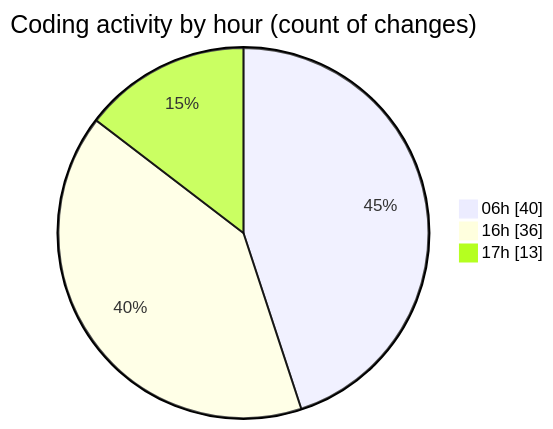
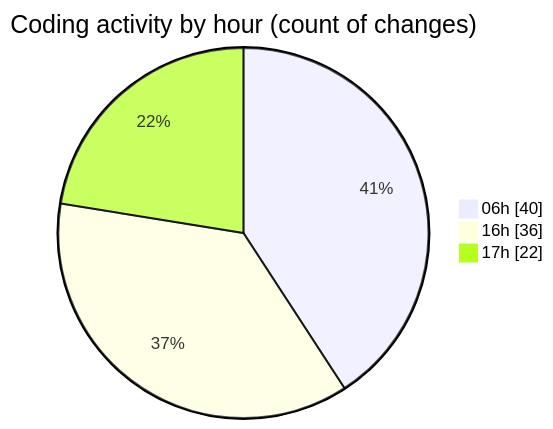
Before and after one commit to charlie-sans/code-tracking: the second of 2 diagrams in 2025-02-25/micros/README.md, drawn with Mermaid. The commit also changed other lines of this file and 1 other file, not shown here.

````diff
--- a/2025-02-25/micros/README.md
+++ b/2025-02-25/micros/README.md
@@ -62,7 +62,7 @@
 ```mermaid
 pie showData
 title Coding activity by hour (count of changes)
 "06h" : 40
 "16h" : 36
-"17h" : 13
+"17h" : 22
 ```
````
